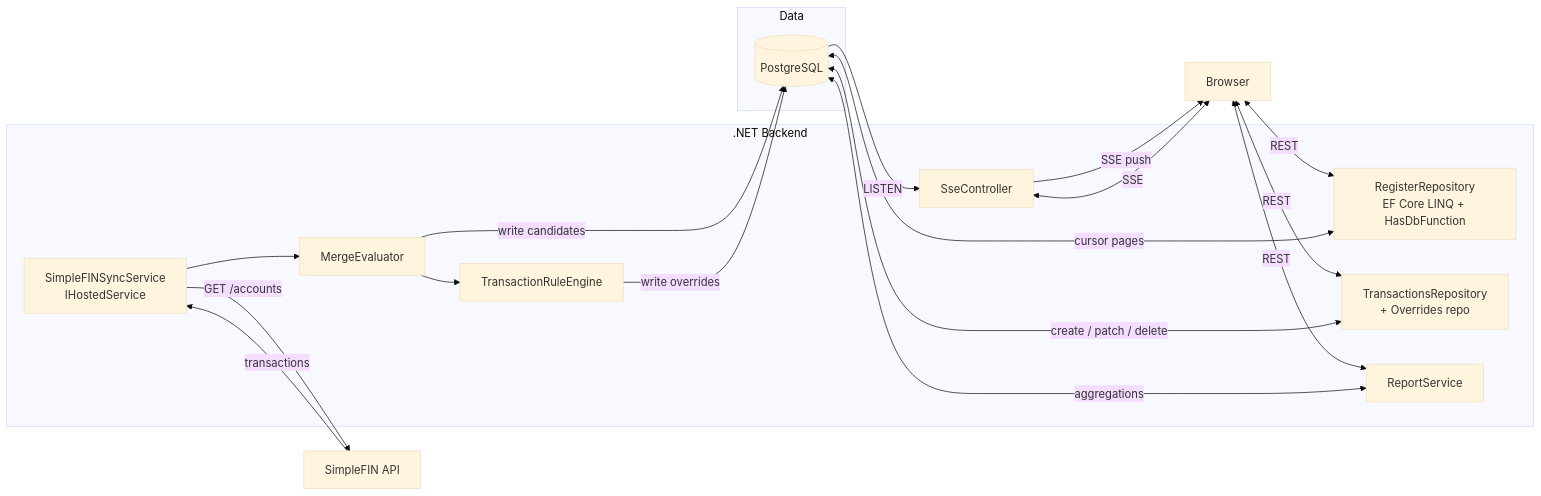
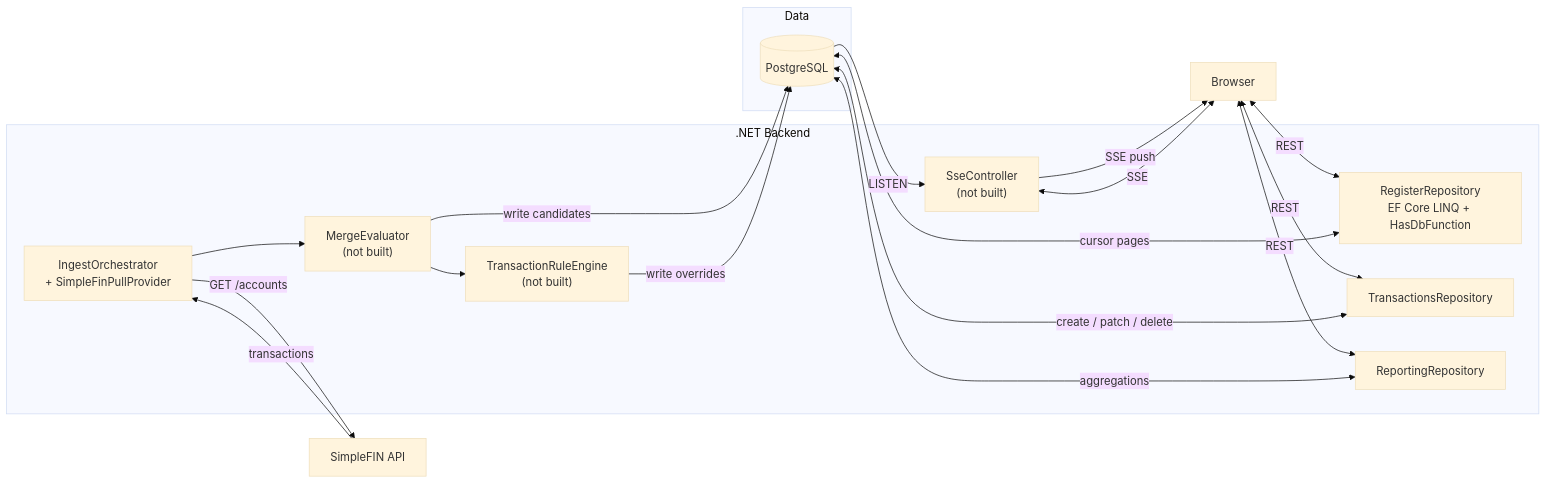
The sixth of 8 diagrams in docs/architecture.md (strongboxlabs/coffer), drawn with Mermaid (base theme) before and after one commit. The commit also changed other lines of this file and 82 other files, not shown here.

````diff
--- a/docs/architecture.md
+++ b/docs/architecture.md
@@ -539,34 +595,34 @@
 ```mermaid
 flowchart LR
     subgraph Services [".NET Backend"]
-        SYNC[SimpleFINSyncService\nIHostedService]
-        ME[MergeEvaluator]
-        RE[TransactionRuleEngine]
+        SYNC[IngestOrchestrator\n+ SimpleFinPullProvider]
+        ME["MergeEvaluator\n(not built)"]
+        RE["TransactionRuleEngine\n(not built)"]
         RR[RegisterRepository\nEF Core LINQ + HasDbFunction]
-        TR[TransactionsRepository\n+ Overrides repo]
-        RS[ReportService]
-        SSE[SseController]
+        TR[TransactionsRepository]
+        RS[ReportingRepository]
+        SSE["SseController\n(not built)"]
     end
 
     subgraph Data
         PG[(PostgreSQL)]
     end
 
     SF[SimpleFIN API]
     UI[Browser]
 
     SYNC -->|GET /accounts| SF
     SF -->|transactions| SYNC
     SYNC --> ME --> RE
     ME -->|write candidates| PG
     RE -->|write overrides| PG
     PG -->|LISTEN| SSE
     SSE -->|SSE push| UI
     RR <-->|cursor pages| PG
     TR <-->|create / patch / delete| PG
     RS <-->|aggregations| PG
     UI <-->|REST| RR
     UI <-->|REST| TR
     UI <-->|REST| RS
     UI <-->|SSE| SSE
 ```
````
